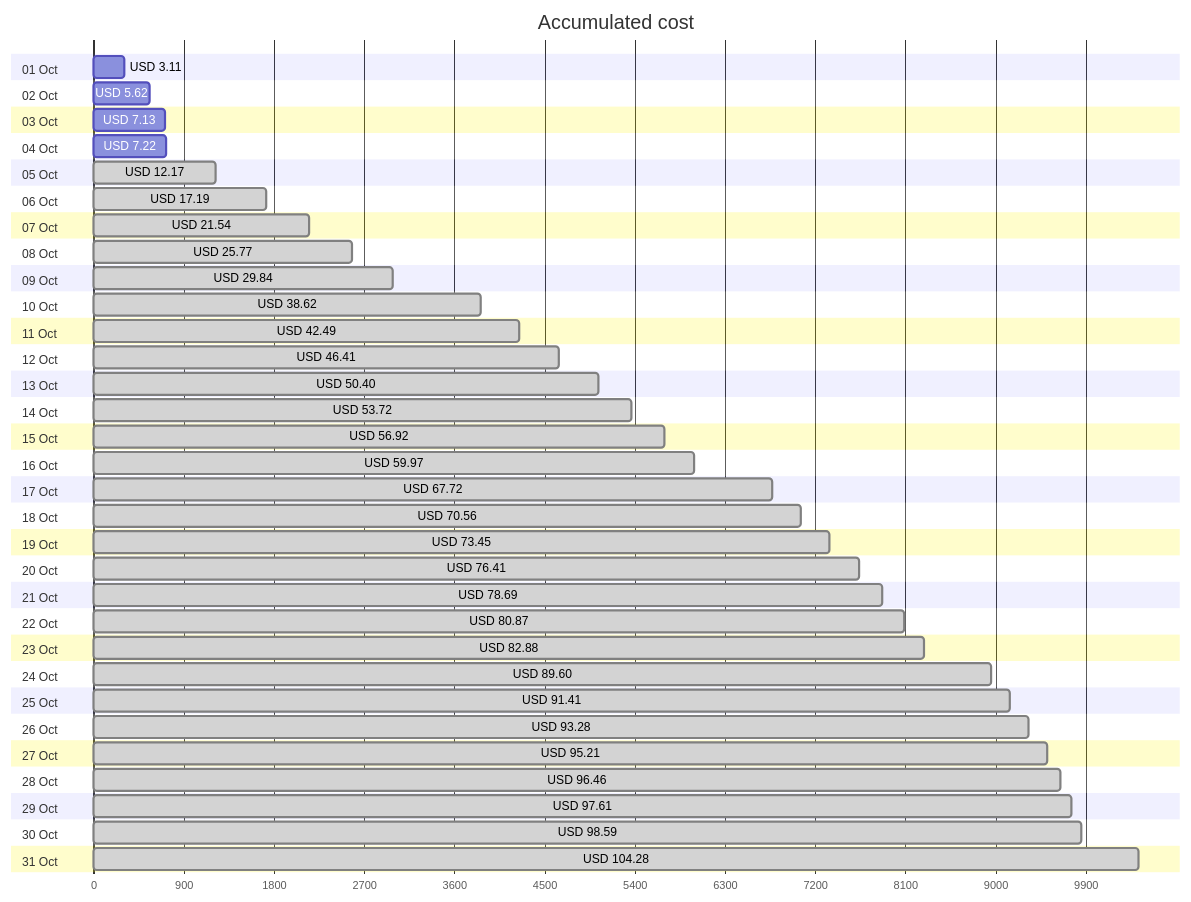
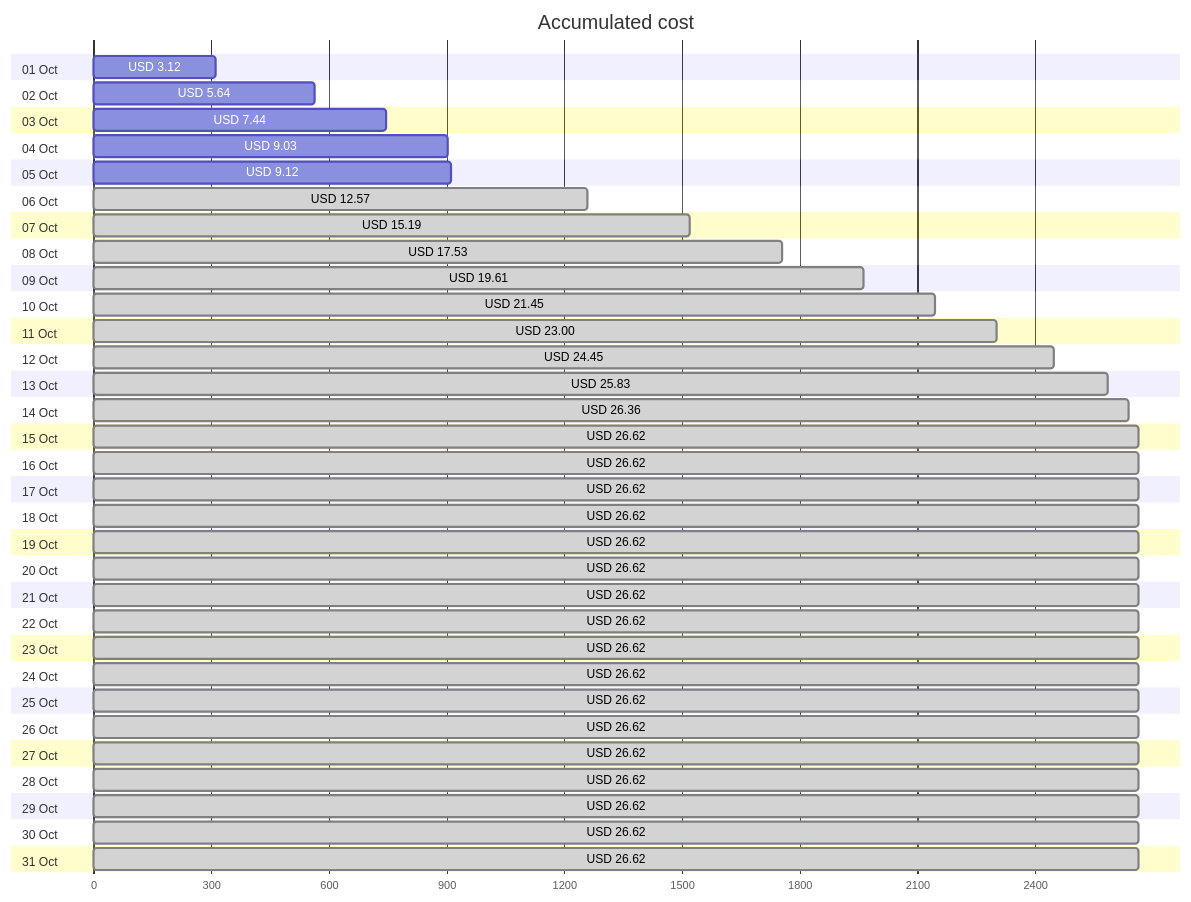
The first of 4 diagrams in cost-reports/personal-network/README.md (jpfulton/azure-personal-reports), drawn with Mermaid before and after one commit. The commit also changed other lines of this file and 8 other files, not shown here.

````diff
--- a/cost-reports/personal-network/README.md
+++ b/cost-reports/personal-network/README.md
@@ -20,68 +20,68 @@
 ```mermaid
 gantt
    title Accumulated cost
    dateFormat  X
    axisFormat %s
    section 01 Oct
-   USD 3.11 :0, 311
+   USD 3.12 :0, 312
    section 02 Oct
-   USD 5.62 :0, 562
+   USD 5.64 :0, 564
    section 03 Oct
-   USD 7.13 :0, 713
+   USD 7.44 :0, 744
    section 04 Oct
-   USD 7.22 :0, 722
+   USD 9.03 :0, 903
    section 05 Oct
-   USD 12.17 : done, 0, 1217
+   USD 9.12 :0, 912
    section 06 Oct
-   USD 17.19 : done, 0, 1719
+   USD 12.57 : done, 0, 1257
    section 07 Oct
-   USD 21.54 : done, 0, 2154
+   USD 15.19 : done, 0, 1519
    section 08 Oct
-   USD 25.77 : done, 0, 2577
+   USD 17.53 : done, 0, 1753
    section 09 Oct
-   USD 29.84 : done, 0, 2984
+   USD 19.61 : done, 0, 1961
    section 10 Oct
-   USD 38.62 : done, 0, 3862
+   USD 21.45 : done, 0, 2145
    section 11 Oct
-   USD 42.49 : done, 0, 4249
+   USD 23.00 : done, 0, 2300
    section 12 Oct
-   USD 46.41 : done, 0, 4641
+   USD 24.45 : done, 0, 2445
    section 13 Oct
-   USD 50.40 : done, 0, 5040
+   USD 25.83 : done, 0, 2583
    section 14 Oct
-   USD 53.72 : done, 0, 5372
+   USD 26.36 : done, 0, 2636
    section 15 Oct
-   USD 56.92 : done, 0, 5692
+   USD 26.62 : done, 0, 2662
    section 16 Oct
-   USD 59.97 : done, 0, 5997
+   USD 26.62 : done, 0, 2662
    section 17 Oct
-   USD 67.72 : done, 0, 6772
+   USD 26.62 : done, 0, 2662
    section 18 Oct
-   USD 70.56 : done, 0, 7056
+   USD 26.62 : done, 0, 2662
    section 19 Oct
-   USD 73.45 : done, 0, 7345
+   USD 26.62 : done, 0, 2662
    section 20 Oct
-   USD 76.41 : done, 0, 7641
+   USD 26.62 : done, 0, 2662
    section 21 Oct
-   USD 78.69 : done, 0, 7869
+   USD 26.62 : done, 0, 2662
    section 22 Oct
-   USD 80.87 : done, 0, 8087
+   USD 26.62 : done, 0, 2662
    section 23 Oct
-   USD 82.88 : done, 0, 8288
+   USD 26.62 : done, 0, 2662
    section 24 Oct
-   USD 89.60 : done, 0, 8960
+   USD 26.62 : done, 0, 2662
    section 25 Oct
-   USD 91.41 : done, 0, 9141
+   USD 26.62 : done, 0, 2662
    section 26 Oct
-   USD 93.28 : done, 0, 9328
+   USD 26.62 : done, 0, 2662
    section 27 Oct
-   USD 95.21 : done, 0, 9521
+   USD 26.62 : done, 0, 2662
    section 28 Oct
-   USD 96.46 : done, 0, 9646
+   USD 26.62 : done, 0, 2662
    section 29 Oct
-   USD 97.61 : done, 0, 9761
+   USD 26.62 : done, 0, 2662
    section 30 Oct
-   USD 98.59 : done, 0, 9859
+   USD 26.62 : done, 0, 2662
    section 31 Oct
-   USD 104.28 : done, 0, 10428
+   USD 26.62 : done, 0, 2662
 ```
````
